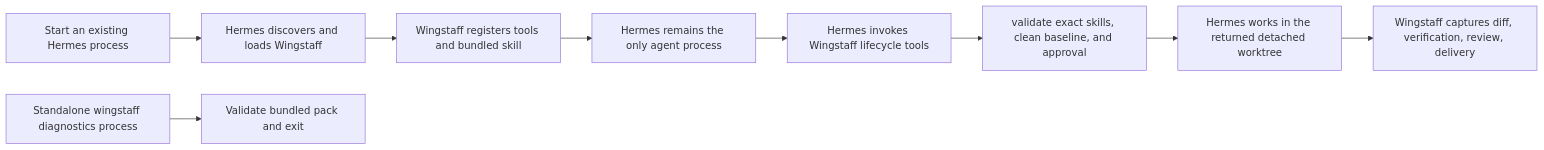
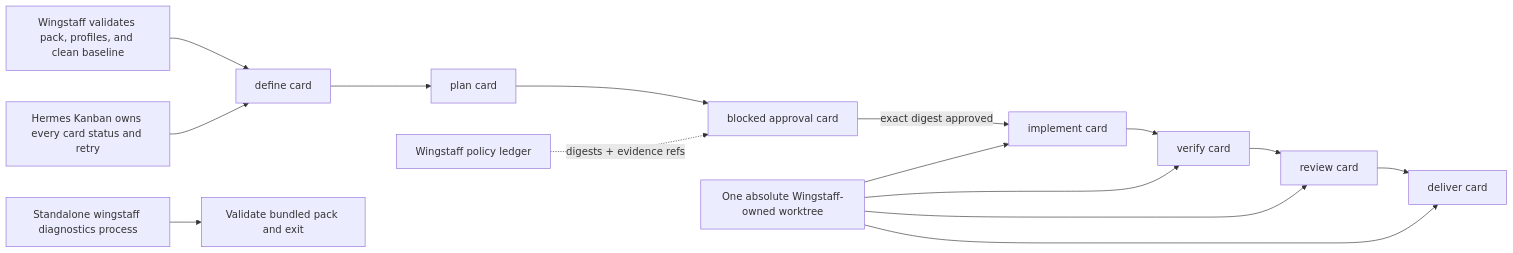
The second of 2 diagrams in docs/01-architecture.md (forgegod/daidala), drawn with Mermaid before and after one commit. The commit also changed other lines of this file and 9 other files, not shown here.

First line of the commit message:
docs: define Kanban-native Wingstaff authority and workflow

````diff
--- a/docs/01-architecture.md
+++ b/docs/01-architecture.md
@@ -68,12 +85,19 @@
 ```mermaid
 flowchart LR
-    START["Start an existing Hermes process"] --> LOAD["Hermes discovers and loads Wingstaff"]
-    LOAD --> REGISTER["Wingstaff registers tools and bundled skill"]
-    REGISTER --> READY["Hermes remains the only agent process"]
-    READY --> CALL["Hermes invokes Wingstaff lifecycle tools"]
-    CALL --> GATE["validate exact skills, clean baseline, and approval"]
-    GATE --> WORK["Hermes works in the returned detached worktree"]
-    WORK --> EVIDENCE["Wingstaff captures diff, verification, review, delivery"]
+    START["Wingstaff validates pack, profiles, and clean baseline"] --> DEFINE["define card"]
+    DEFINE --> PLAN["plan card"]
+    PLAN --> APPROVAL["blocked approval card"]
+    APPROVAL -->|"exact digest approved"| IMPLEMENT["implement card"]
+    IMPLEMENT --> VERIFY["verify card"]
+    VERIFY --> REVIEW["review card"]
+    REVIEW --> DELIVER["deliver card"]
+
+    KB["Hermes Kanban owns every card status and retry"] --> DEFINE
+    LEDGER["Wingstaff policy ledger"] -."digests + evidence refs".-> APPROVAL
+    WORKTREE["One absolute Wingstaff-owned worktree"] --> IMPLEMENT
+    WORKTREE --> VERIFY
+    WORKTREE --> REVIEW
+    WORKTREE --> DELIVER
 
     CLI["Standalone wingstaff diagnostics process"] --> VALIDATE["Validate bundled pack and exit"]
 ```
````
